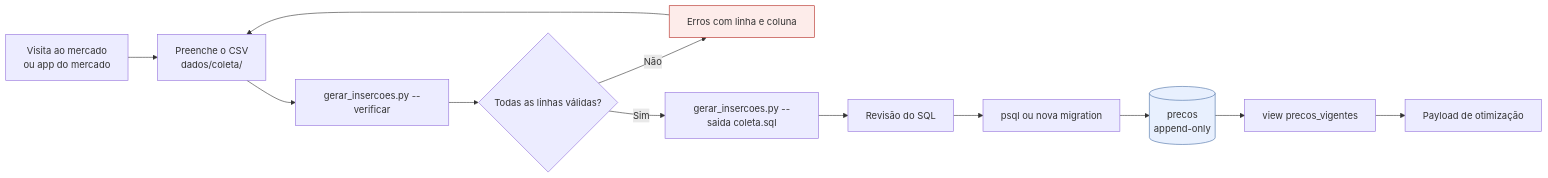
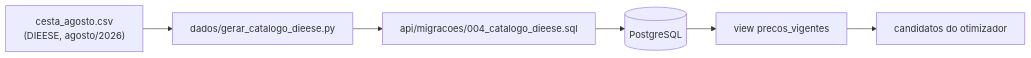
The diagram in docs/dados-e-coleta.md (chroanz/sad-tcc), drawn with Mermaid before and after one commit. The commit also changed other lines of this file and 48 other files, not shown here.

````diff
--- a/docs/dados-e-coleta.md
+++ b/docs/dados-e-coleta.md
@@ -9,17 +12,8 @@
 ```mermaid
 flowchart LR
-    A["Visita ao mercado<br/>ou app do mercado"] --> B["Preenche o CSV<br/>dados/coleta/"]
-    B --> C["gerar_insercoes.py --verificar"]
-    C --> D{"Todas as linhas válidas?"}
-    D -->|"Não"| E["Erros com linha e coluna"]
-    E --> B
-    D -->|"Sim"| F["gerar_insercoes.py --saida coleta.sql"]
-    F --> G["Revisão do SQL"]
-    G --> H["psql ou nova migration"]
-    H --> I[("precos<br/>append-only")]
-    I --> J["view precos_vigentes"]
-    J --> K["Payload de otimização"]
-
-    style I fill:#e8f0fe,stroke:#4a6fa5
-    style E fill:#fdecea,stroke:#b3261e
+    A["cesta_agosto.csv<br/>(DIEESE, agosto/2026)"] --> B["dados/gerar_catalogo_dieese.py"]
+    B --> C["api/migracoes/004_catalogo_dieese.sql"]
+    C --> D[("PostgreSQL")]
+    D --> E["view precos_vigentes"]
+    E --> F["candidatos do otimizador"]
 ```
````
